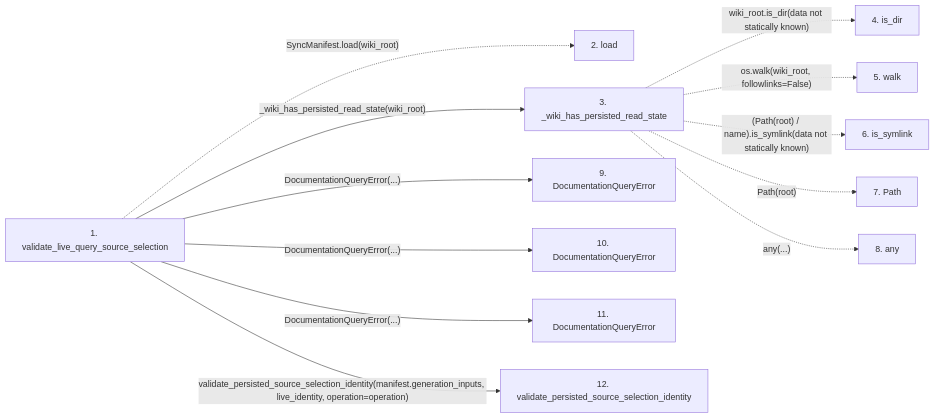
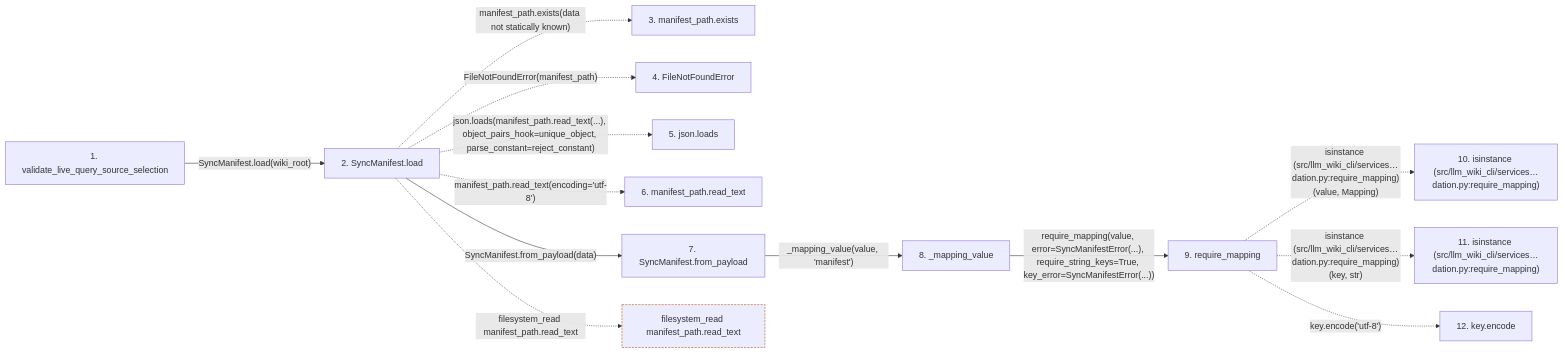
One commit to Denissvgn/python-wiki-llm changed the second of 2 diagrams in docs/llm_wiki/flows/api-validate_live_query_source_selection.md. Above: the diagram before and after it, drawn with Mermaid. The commit also changed other lines of this file and 719 other files, not shown here.

````diff
--- a/docs/llm_wiki/flows/api-validate_live_query_source_selection.md
+++ b/docs/llm_wiki/flows/api-validate_live_query_source_selection.md
@@ -77,32 +84,35 @@
 ```mermaid
 flowchart LR
     s1["1. validate_live_query_source_selection"]
-    s2["2. load"]
-    s3["3. _wiki_has_persisted_read_state"]
-    s4["4. is_dir"]
-    s5["5. walk"]
-    s6["6. is_symlink"]
-    s7["7. Path"]
-    s8["8. any"]
-    s9["9. DocumentationQueryError"]
-    s10["10. DocumentationQueryError"]
-    s11["11. DocumentationQueryError"]
-    s12["12. validate_persisted_source_selection_identity"]
-    s1 -. "SyncManifest.load(wiki_root)" .-> s2
-    s1 -->|"_wiki_has_persisted_read_state(wiki_root)"| s3
-    s3 -. "wiki_root.is_dir(data not statically known)" .-> s4
-    s3 -. "os.walk(wiki_root, followlinks=False)" .-> s5
-    s3 -. "(Path(root) / name).is_symlink(data not statically known)" .-> s6
-    s3 -. "Path(root)" .-> s7
-    s3 -. "any(...)" .-> s8
-    s1 -->|"DocumentationQueryError(...)"| s9
-    s1 -->|"DocumentationQueryError(...)"| s10
-    s1 -->|"DocumentationQueryError(...)"| s11
-    s1 -->|"validate_persisted_source_selection_identity(manifest.generation_inputs, live_identity, operation=operation)"| s12
+    s2["2. SyncManifest.load"]
+    s3["3. manifest_path.exists"]
+    s4["4. FileNotFoundError"]
+    s5["5. json.loads"]
+    s6["6. manifest_path.read_text"]
+    s7["7. SyncManifest.from_payload"]
+    s8["8. _mapping_value"]
+    s9["9. require_mapping"]
+    s10["10. isinstance (src/llm_wiki_cli/services…dation.py:require_mapping)"]
+    s11["11. isinstance (src/llm_wiki_cli/services…dation.py:require_mapping)"]
+    s12["12. key.encode"]
+    s1 -->|"SyncManifest.load(wiki_root)"| s2
+    s2 -. "manifest_path.exists(data not statically known)" .-> s3
+    s2 -. "FileNotFoundError(manifest_path)" .-> s4
+    s2 -. "json.loads(manifest_path.read_text(...), object_pairs_hook=unique_object, parse_constant=reject_constant)" .-> s5
+    s2 -. "manifest_path.read_text(encoding='utf-8')" .-> s6
+    s2 -->|"SyncManifest.from_payload(data)"| s7
+    s7 -->|"_mapping_value(value, 'manifest')"| s8
+    s8 -->|"require_mapping(value, error=SyncManifestError(...), require_string_keys=True, key_error=SyncManifestError(...))"| s9
+    s9 -. "isinstance (src/llm_wiki_cli/services…dation.py:require_mapping)(value, Mapping)" .-> s10
+    s9 -. "isinstance (src/llm_wiki_cli/services…dation.py:require_mapping)(key, str)" .-> s11
+    s9 -. "key.encode('utf-8')" .-> s12
+    b0["filesystem_read manifest_path.read_text"]
+    s2 -. "filesystem_read manifest_path.read_text" .-> b0
     click s1 "../modules/documentation_query_builder.md"
-    click s3 "../modules/documentation_query_builder.md"
-    click s9 "../modules/documentation_queries.md"
-    click s10 "../modules/documentation_queries.md"
-    click s11 "../modules/documentation_queries.md"
-    click s12 "../modules/source_selection.md"
+    click s2 "../modules/sync_manifest.md"
+    click s7 "../modules/sync_manifest.md"
+    click s8 "../modules/sync_manifest.md"
+    click s9 "../modules/validation.md"
+    classDef boundary stroke:#b45309,stroke-dasharray: 4 2
+    class b0 boundary
 ```
````
